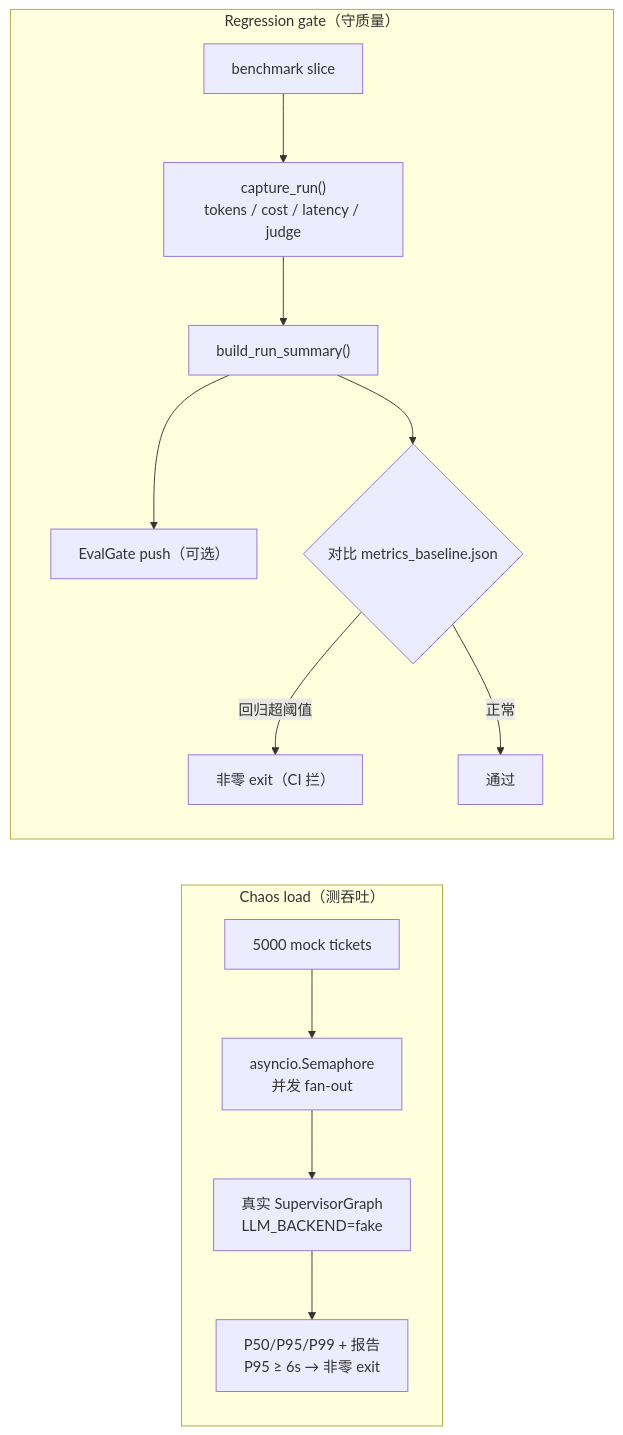
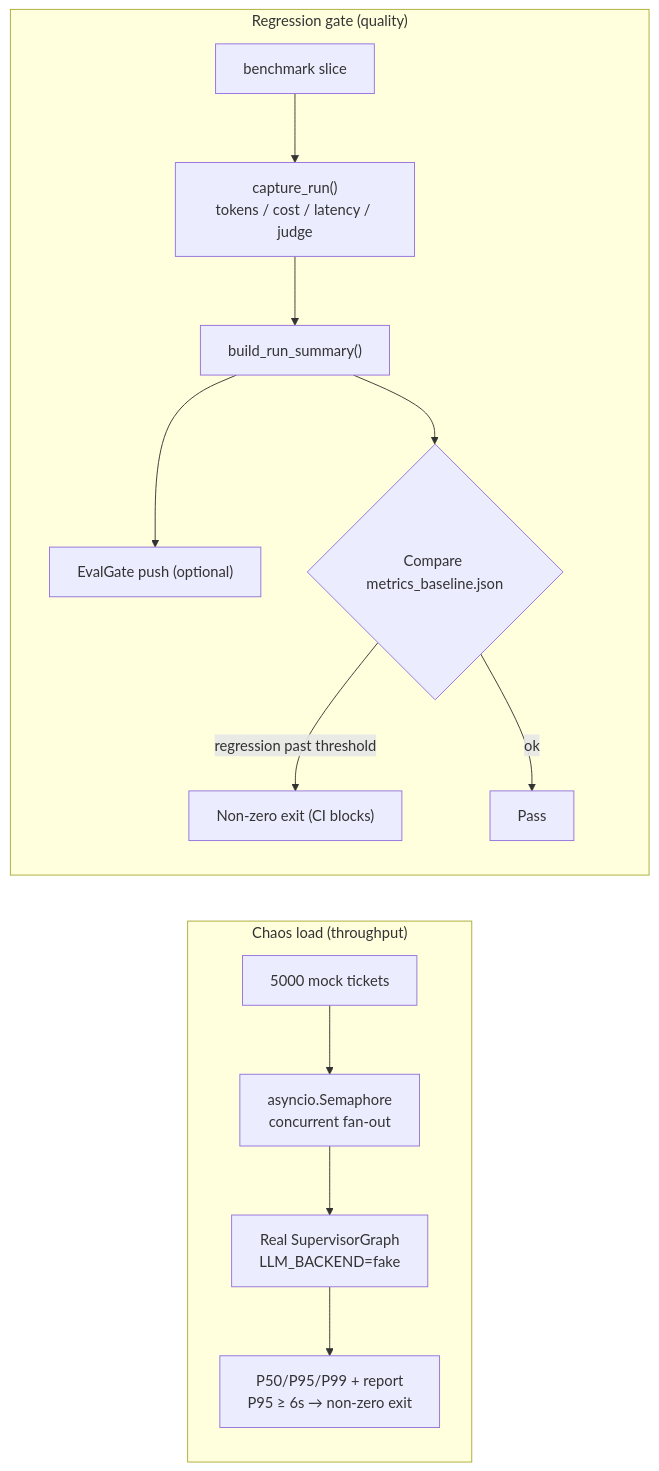
The diagram in docs/milestone-8-plan.md (AndyUneducated/resolve-ai), drawn with Mermaid before and after one commit. The commit also changed other lines of this file and 79 other files, not shown here.

````diff
--- a/docs/milestone-8-plan.md
+++ b/docs/milestone-8-plan.md
@@ -32,16 +32,16 @@
 ```mermaid
 flowchart LR
-  subgraph chaos["Chaos load（测吞吐）"]
-    gen["5000 mock tickets"] --> sem["asyncio.Semaphore<br/>并发 fan-out"]
-    sem --> graph1["真实 SupervisorGraph<br/>LLM_BACKEND=fake"]
-    graph1 --> rep["P50/P95/P99 + 报告<br/>P95 ≥ 6s → 非零 exit"]
+  subgraph chaos["Chaos load (throughput)"]
+    gen["5000 mock tickets"] --> sem["asyncio.Semaphore<br/>concurrent fan-out"]
+    sem --> graph1["Real SupervisorGraph<br/>LLM_BACKEND=fake"]
+    graph1 --> rep["P50/P95/P99 + report<br/>P95 ≥ 6s → non-zero exit"]
   end
-  subgraph gate["Regression gate（守质量）"]
+  subgraph gate["Regression gate (quality)"]
     slice["benchmark slice"] --> cap["capture_run()<br/>tokens / cost / latency / judge"]
     cap --> sum["build_run_summary()"]
-    sum --> eg["EvalGate push（可选）"]
-    sum --> cmp{"对比 metrics_baseline.json"}
-    cmp -->|"回归超阈值"| fail["非零 exit（CI 拦）"]
-    cmp -->|正常| pass["通过"]
+    sum --> eg["EvalGate push (optional)"]
+    sum --> cmp{"Compare metrics_baseline.json"}
+    cmp -->|"regression past threshold"| fail["Non-zero exit (CI blocks)"]
+    cmp -->|ok| pass["Pass"]
   end
 ```
````
